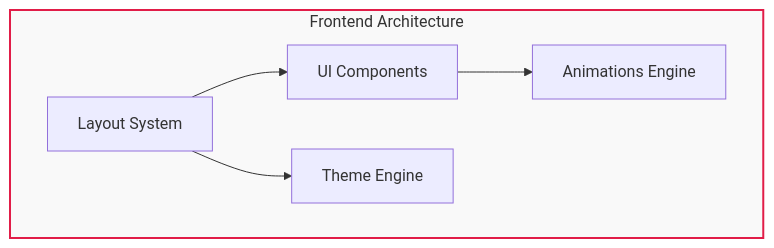
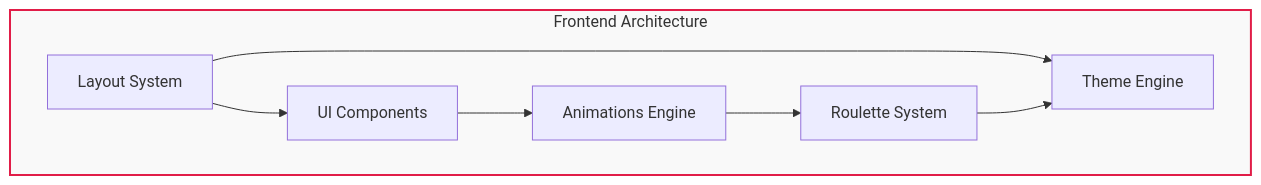
Before and after one commit to hectorllb-insti/RED-RED: the diagram in docs/demo_6/README.md, drawn with Mermaid. The commit also changed other lines of this file and 1 other file, not shown here.

````diff
--- a/docs/demo_6/README.md
+++ b/docs/demo_6/README.md
@@ -55,10 +65,12 @@
 ```mermaid
 graph TB
     subgraph Frontend[Frontend Architecture]
         L[Layout System] --> C[UI Components]
         C --> A[Animations Engine]
         L --> T[Theme Engine]
+        A --> R[Roulette System]
+        R --> T
     end
     
     style Frontend fill:#f9f9f9,stroke:#e11d48,stroke-width:2px
 ```
````
